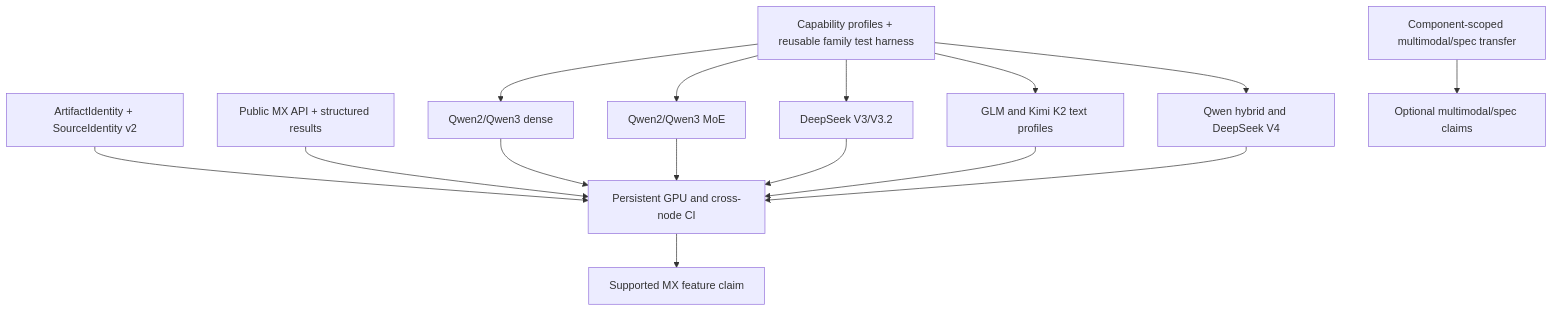
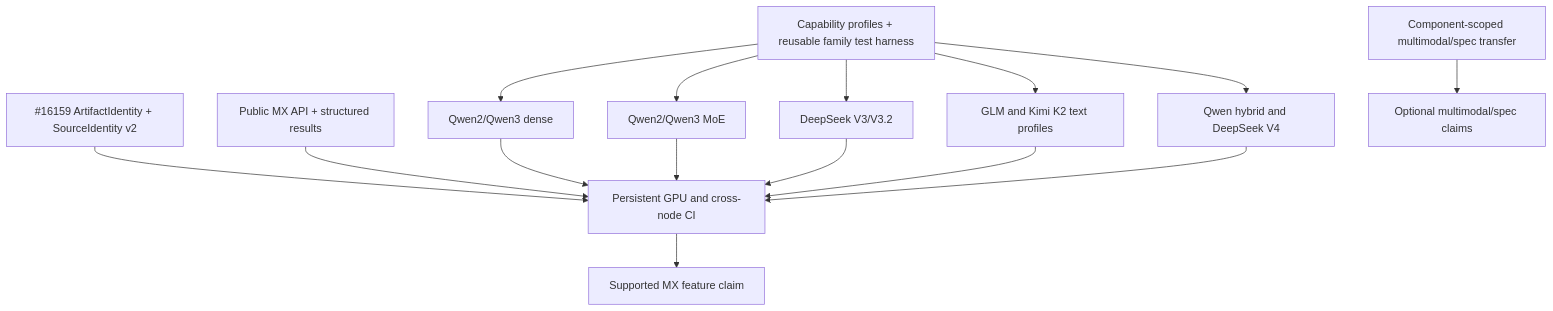
The diagram in docs/design/mx-gms-integration/21-mx-readiness-gaps-and-model-family-plan.md (chienchunhung/TensorRT-LLM), drawn with Mermaid before and after one commit. The commit also changed other lines of this file and 2 other files, not shown here.

Commit message:
[TRTLLM-12352][docs] factor ArtifactIdentity into MX readiness

````diff
--- a/docs/design/mx-gms-integration/21-mx-readiness-gaps-and-model-family-plan.md
+++ b/docs/design/mx-gms-integration/21-mx-readiness-gaps-and-model-family-plan.md
@@ -458,17 +501,17 @@
 ```mermaid
 flowchart TD
     A["Capability profiles + reusable family test harness"] --> D["Qwen2/Qwen3 dense"]
     A --> E["Qwen2/Qwen3 MoE"]
     A --> F["DeepSeek V3/V3.2"]
     A --> G["GLM and Kimi K2 text profiles"]
     A --> H["Qwen hybrid and DeepSeek V4"]
-    B["ArtifactIdentity + SourceIdentity v2"] --> I["Persistent GPU and cross-node CI"]
+    B["#16159 ArtifactIdentity + SourceIdentity v2"] --> I["Persistent GPU and cross-node CI"]
     C["Public MX API + structured results"] --> I
     D --> I
     E --> I
     F --> I
     G --> I
     H --> I
     I --> J["Supported MX feature claim"]
     K["Component-scoped multimodal/spec transfer"] --> L["Optional multimodal/spec claims"]
 ```
````
